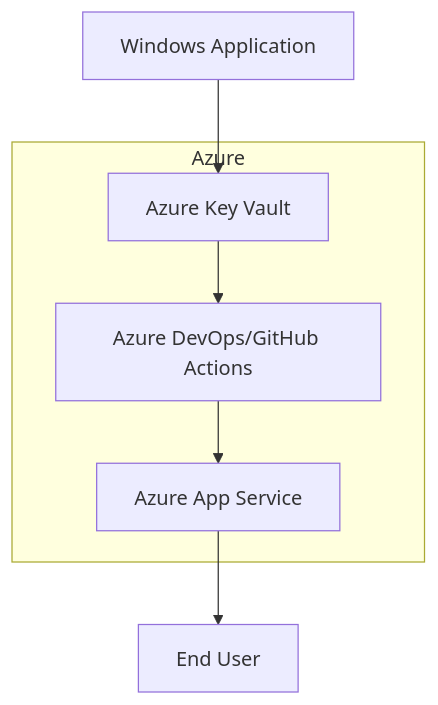
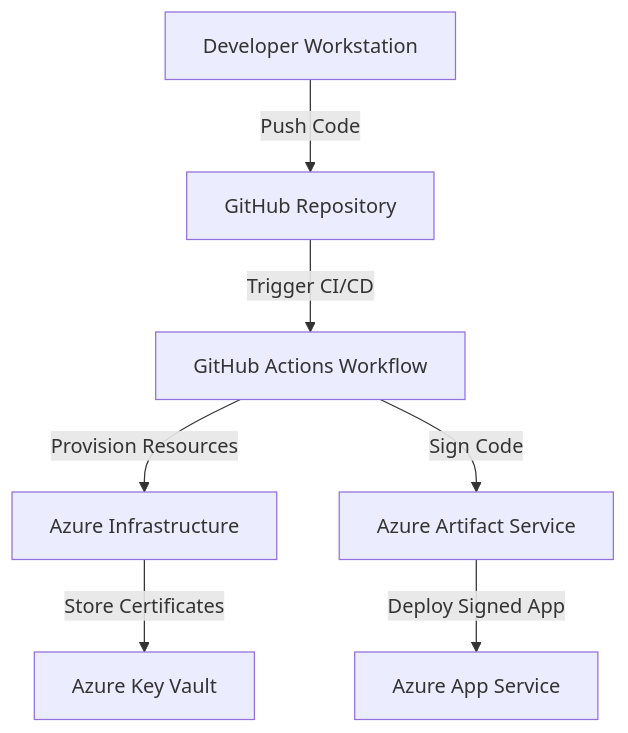
One commit to seligj95/sample-best-practices-ensuring-security-with-azure-app-servi changed the diagram in README.md. Above: the diagram before and after it, drawn with Mermaid. The commit also changed other lines of this file, not shown here.

````diff
--- a/README.md
+++ b/README.md
@@ -7,9 +7,9 @@
 ```mermaid
 graph TD
-    subgraph Azure
-        A[Azure Key Vault] --> B[Azure DevOps/GitHub Actions]
-        B --> C[Azure App Service]
-    end
-    D[Windows Application] --> A
-    C --> E[End User]
+    A[Developer Workstation] -->|Push Code| B[GitHub Repository]
+    B -->|Trigger CI/CD| C[GitHub Actions Workflow]
+    C -->|Provision Resources| D[Azure Infrastructure]
+    D -->|Store Certificates| E[Azure Key Vault]
+    C -->|Sign Code| F[Azure Artifact Service]
+    F -->|Deploy Signed App| G[Azure App Service]
 ```
````
